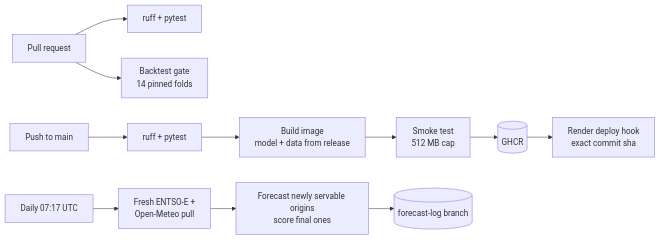
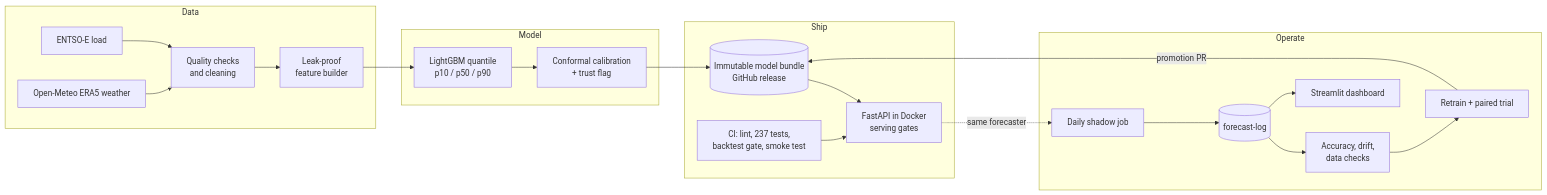
One commit to AashishS97/gridcast changed the diagram in README.md. Above: the diagram before and after it, drawn with Mermaid. The commit also changed other lines of this file and 2 other files, not shown here.

Commit message:
docs: README revamp with results, failures, trust flag, limitations, data licences

````diff
--- a/README.md
+++ b/README.md
@@ -299,13 +134,25 @@
 ```mermaid
 flowchart LR
-    PR[Pull request] --> L1[ruff + pytest]
-    PR --> G[Backtest gate<br/>14 pinned folds]
-    M[Push to main] --> L2[ruff + pytest]
-    L2 --> B[Build image<br/>model + data from release]
-    B --> S[Smoke test<br/>512 MB cap]
-    S --> R[(GHCR)]
-    R --> D[Render deploy hook<br/>exact commit sha]
-    C[Daily 07:17 UTC] --> F[Fresh ENTSO-E +<br/>Open-Meteo pull]
-    F --> X[Forecast newly servable origins<br/>score final ones]
-    X --> LOG[(forecast-log branch)]
+    subgraph Data
+        A[ENTSO-E load] --> C[Quality checks<br/>and cleaning]
+        W[Open-Meteo ERA5 weather] --> C
+        C --> F[Leak-proof<br/>feature builder]
+    end
+    subgraph Model
+        F --> Q[LightGBM quantile<br/>p10 / p50 / p90]
+        Q --> K[Conformal calibration<br/>+ trust flag]
+    end
+    subgraph Ship
+        K --> B[(Immutable model bundle<br/>GitHub release)]
+        B --> API[FastAPI in Docker<br/>serving gates]
+        CI[CI: lint, 237 tests,<br/>backtest gate, smoke test] --> API
+    end
+    subgraph Operate
+        API -.same forecaster.-> D[Daily shadow job]
+        D --> L[(forecast-log)]
+        L --> M[Accuracy, drift,<br/>data checks]
+        M --> R[Retrain + paired trial]
+        R -->|promotion PR| B
+        L --> S[Streamlit dashboard]
+    end
 ```
````
